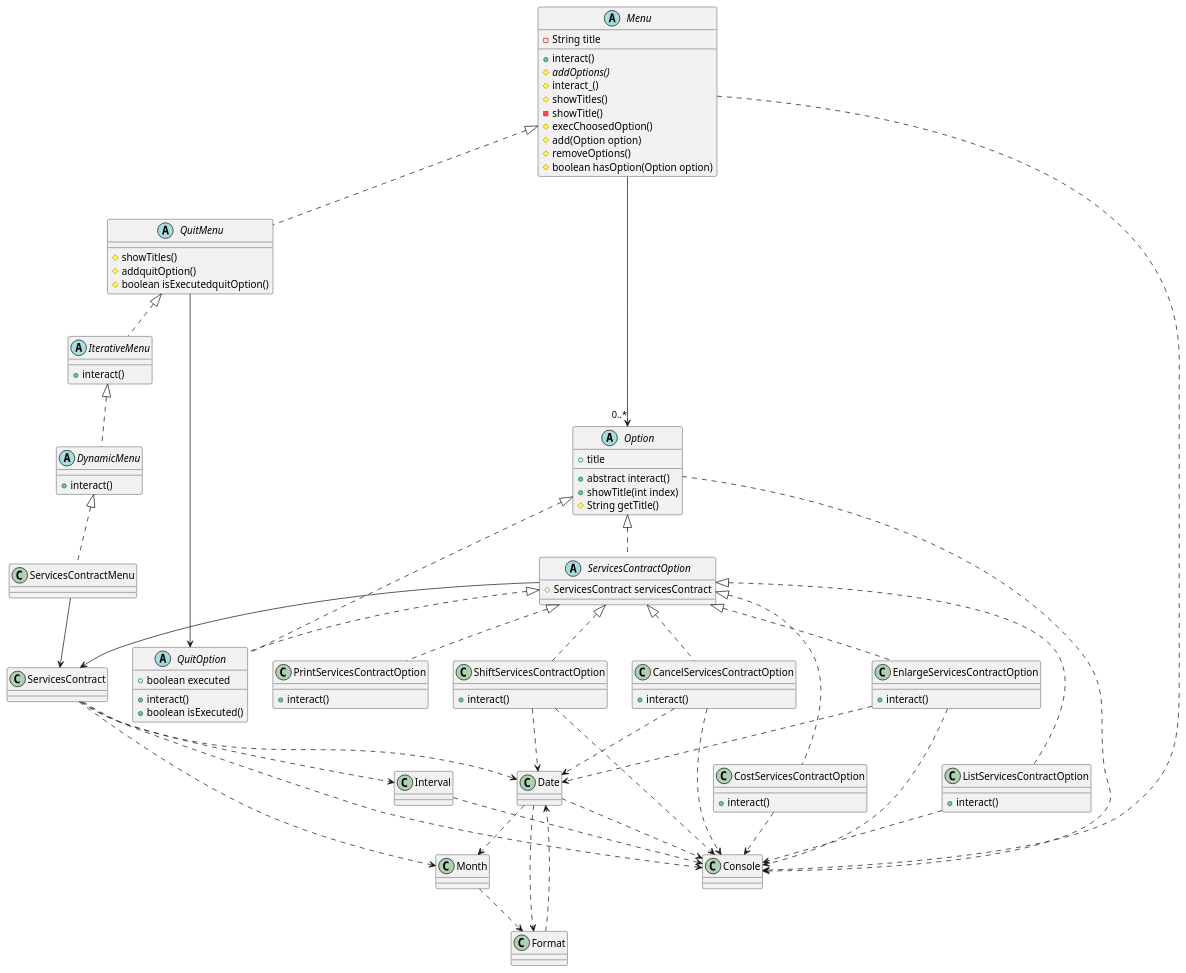
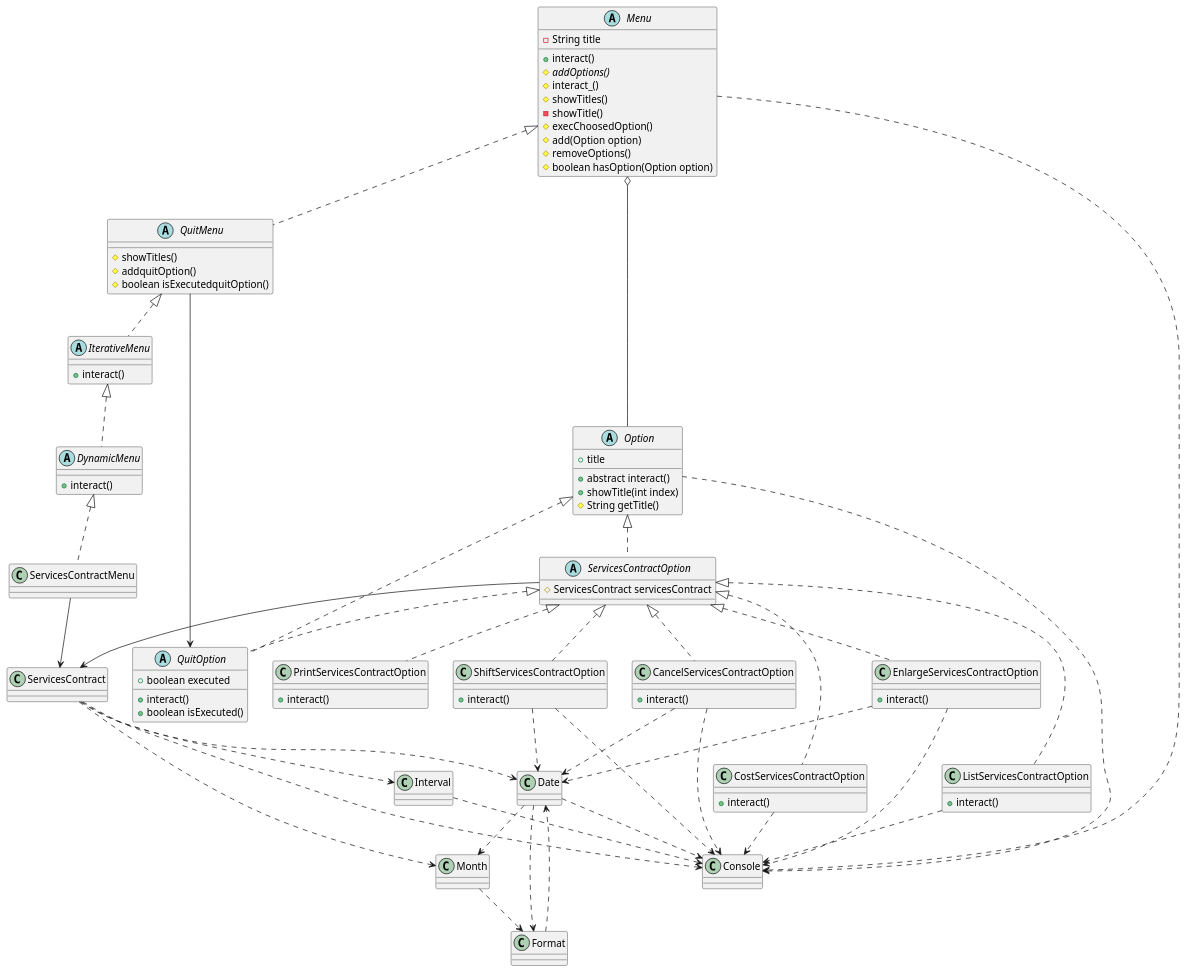
Before and after one commit to USantaTecla-ed-mpds/lab-lovalace: the diagram in tech-java-basada-en-objetos-servicescontract_menu/ServicesContractMenu/src/es/pbover/master/UML/ModeloClases.puml, drawn with PlantUML. The commit also changed 1 other file, not shown here.

```diff
--- a/tech-java-basada-en-objetos-servicescontract_menu/ServicesContractMenu/src/es/pbover/master/UML/ModeloClases.puml
+++ b/tech-java-basada-en-objetos-servicescontract_menu/ServicesContractMenu/src/es/pbover/master/UML/ModeloClases.puml
@@ -1,148 +1,148 @@
 @startuml
 class ServicesContract
 abstract class Menu
 abstract class DynamicMenu
 abstract class IterativeMenu
 abstract class QuitMenu
 class ServicesContractMenu
 abstract class Option
 abstract class ServicesContractOption
 class CancelServicesContractOption
 class CostServicesContractOption
 class EnlargeServicesContractOption
 class ListServicesContractOption
 class PrintServicesContractOption
 class QuitOption
 class ShiftServicesContractOption
 class Date
 class Month
 class Format
 class Console
 
 Option <|.. ServicesContractOption
 
 ServicesContractOption <|.. CancelServicesContractOption
 ServicesContractOption <|.. CostServicesContractOption
 ServicesContractOption <|.. EnlargeServicesContractOption
 ServicesContractOption <|.. ListServicesContractOption
 ServicesContractOption <|.. PrintServicesContractOption 
 ServicesContractOption <|.. QuitOption 
 ServicesContractOption <|.. ShiftServicesContractOption 
 
 
 abstract class Menu {
  - String title
  +interact()
  #{abstract} addOptions()
  #interact_()
  #showTitles()
  -showTitle()
  #execChoosedOption()
  #add(Option option)
  #removeOptions()
  #boolean hasOption(Option option)
 }
 
 abstract class QuitMenu {
  #showTitles()
  #addquitOption()
  #boolean isExecutedquitOption()
 }
 
 abstract class IterativeMenu {
  +interact()
 }
 
 abstract class DynamicMenu {
  +interact()
 }
 
 abstract class Option {
  +title
  +abstract interact()
  +showTitle(int index)
  #String getTitle()
 }
 
 abstract class QuitOption {
  +boolean executed
  +interact()
  +boolean isExecuted()
 }
 
 abstract class ServicesContractOption {
  #ServicesContract servicesContract
 }
 
 class CancelServicesContractOption
 {
   +interact()
 }
 
 class CostServicesContractOption
 {
   +interact()
 }
 
 class EnlargeServicesContractOption
 {
   +interact()
 }
 
 class ListServicesContractOption
 {
   +interact()
 }
 class PrintServicesContractOption
 {
   +interact()
 }
 class ShiftServicesContractOption
 {
   +interact()
 }
 
- QuitMenu --> QuitOption
+QuitMenu --> QuitOption
 
 Menu <|.. QuitMenu
 QuitMenu <|.. IterativeMenu
 IterativeMenu <|.. DynamicMenu
 DynamicMenu <|.. ServicesContractMenu 
 Option <|.. QuitOption
 
-Menu -->"0..*" Option
+Menu o-- Option
 ServicesContractMenu --> ServicesContract
 ServicesContractOption --> ServicesContract
 
 
 ServicesContract ..> Console
 Menu ..> Console
 CancelServicesContractOption ..> Console
 CostServicesContractOption ..> Console
 EnlargeServicesContractOption ..> Console
 ListServicesContractOption ..> Console
 Option ..> Console
 ShiftServicesContractOption ..> Console
 Interval ..> Console
 Date ..> Console
 
 ServicesContract ..> Interval
 
 Date ..> Month
 ServicesContract ..> Month
 
 ServicesContract ..> Date
 CancelServicesContractOption ..> Date
 EnlargeServicesContractOption ..> Date
 ShiftServicesContractOption ..> Date
 Format ..> Date
 
 Date ..> Format
 Month ..> Format
 
 
 
 
 
 
 @enduml
```
